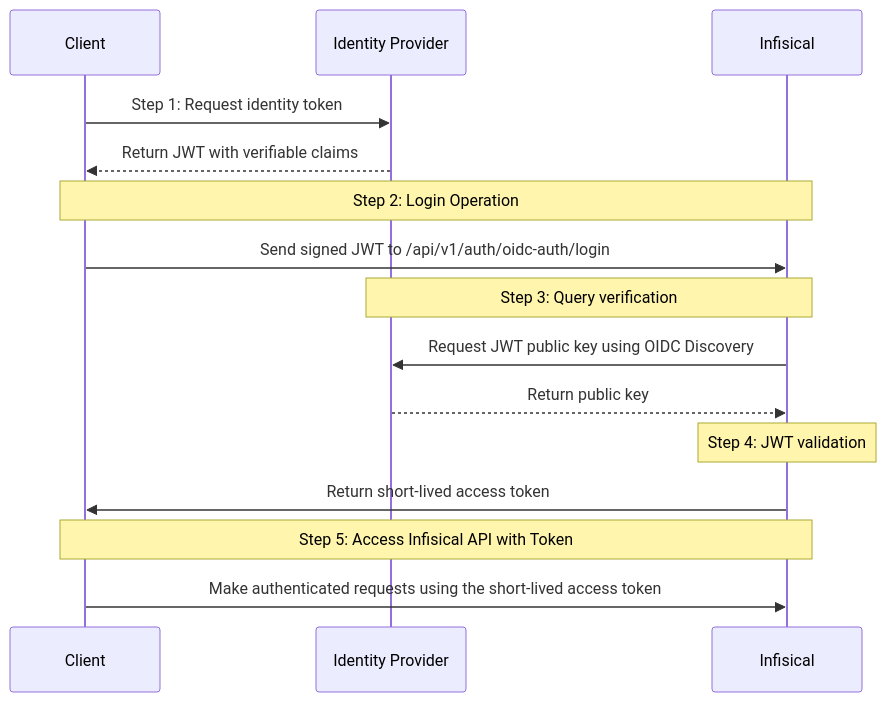
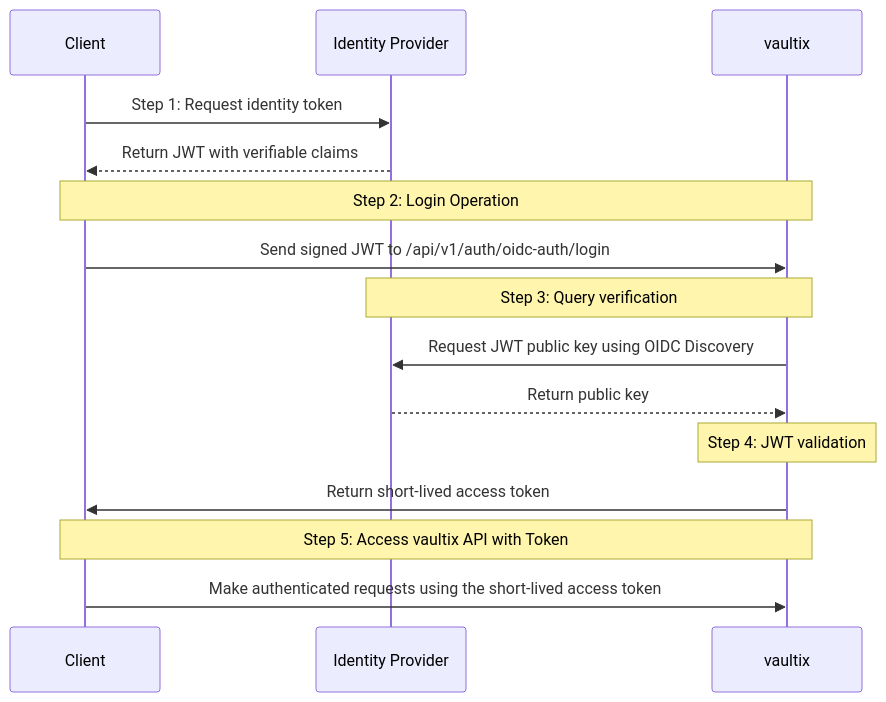
Before and after one commit to shippinAI/vaultix: the diagram in core/docs/documentation/platform/identities/oidc-auth/general.mdx, drawn with Mermaid. The commit also changed other lines of this file and 1202 other files, not shown here.

````diff
--- a/core/docs/documentation/platform/identities/oidc-auth/general.mdx
+++ b/core/docs/documentation/platform/identities/oidc-auth/general.mdx
@@ -12,22 +12,22 @@
 ```mermaid
 sequenceDiagram
   participant Client as Client
   participant Idp as Identity Provider
-  participant Infis as Infisical
+  participant Infis as vaultix
 
   Client->>Idp: Step 1: Request identity token
   Idp-->>Client: Return JWT with verifiable claims
 
   Note over Client,Infis: Step 2: Login Operation
   Client->>Infis: Send signed JWT to /api/v1/auth/oidc-auth/login
 
   Note over Infis,Idp: Step 3: Query verification
   Infis->>Idp: Request JWT public key using OIDC Discovery
   Idp-->>Infis: Return public key
 
   Note over Infis: Step 4: JWT validation
   Infis->>Client: Return short-lived access token
 
-  Note over Client,Infis: Step 5: Access Infisical API with Token
+  Note over Client,Infis: Step 5: Access vaultix API with Token
   Client->>Infis: Make authenticated requests using the short-lived access token
 ```
````
